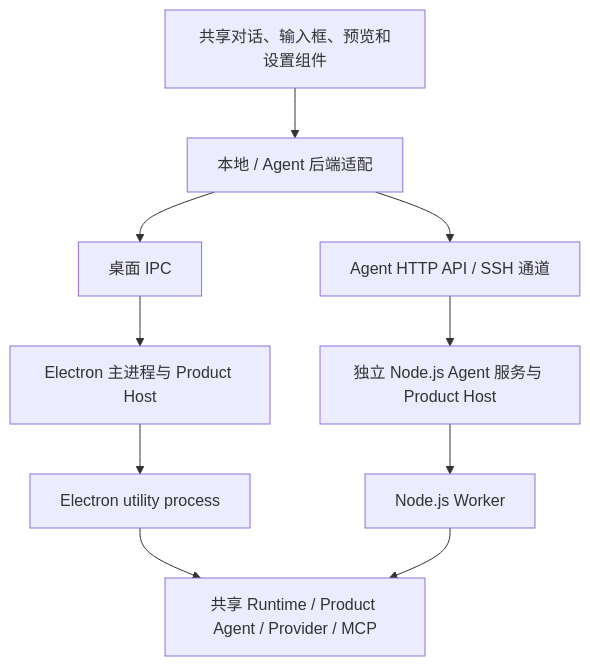
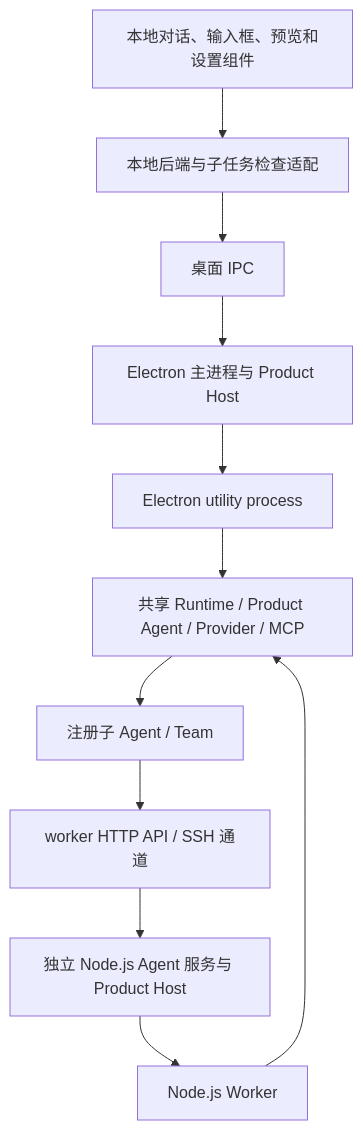
The diagram in docs/ARCHITECTURE.md (pycode4micro/cardbush), drawn with Mermaid before and after one commit. The commit also changed other lines of this file and 244 other files, not shown here.

````diff
--- a/docs/ARCHITECTURE.md
+++ b/docs/ARCHITECTURE.md
@@ -17,12 +20,13 @@
 ```mermaid
 flowchart TD
-  UI[共享对话、输入框、预览和设置组件] --> Adapter[本地 / Agent 后端适配]
+  UI[本地对话、输入框、预览和设置组件] --> Adapter[本地后端与子任务检查适配]
   Adapter --> IPC[桌面 IPC]
-  Adapter --> HTTP[Agent HTTP API / SSH 通道]
+  Runtime --> Delegate[注册子 Agent / Team]
+  Delegate --> HTTP[worker HTTP API / SSH 通道]
   IPC --> Desktop[Electron 主进程与 Product Host]
   HTTP --> Service[独立 Node.js Agent 服务与 Product Host]
   Desktop --> Utility[Electron utility process]
   Service --> Worker[Node.js Worker]
   Utility --> Runtime[共享 Runtime / Product Agent / Provider / MCP]
   Worker --> Runtime
 ```
````
